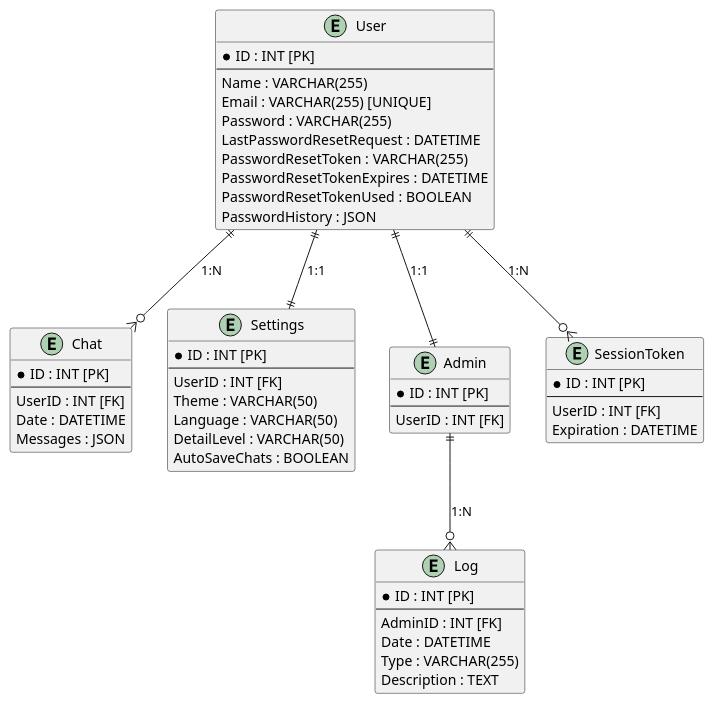
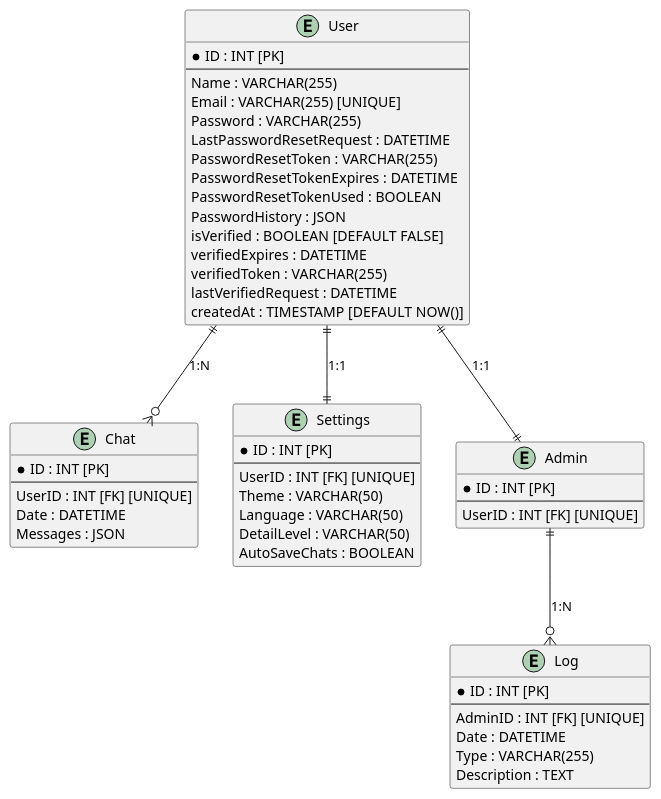
The diagram in relationship_model/relationship_diagram.puml (josepablo98/techie), drawn with PlantUML before and after one commit. The commit also changed 7 other files, not shown here.

```diff
--- a/relationship_model/relationship_diagram.puml
+++ b/relationship_model/relationship_diagram.puml
@@ -1,61 +1,58 @@
 @startuml
 entity "User" as U {
     * ID : INT [PK]
     --
     Name : VARCHAR(255)
     Email : VARCHAR(255) [UNIQUE]
     Password : VARCHAR(255)
     LastPasswordResetRequest : DATETIME
     PasswordResetToken : VARCHAR(255)
     PasswordResetTokenExpires : DATETIME
     PasswordResetTokenUsed : BOOLEAN
     PasswordHistory : JSON
+    isVerified : BOOLEAN [DEFAULT FALSE]
+    verifiedExpires : DATETIME
+    verifiedToken : VARCHAR(255)
+    lastVerifiedRequest : DATETIME
+    createdAt : TIMESTAMP [DEFAULT NOW()]
 }
 
 entity "Chat" as C {
     * ID : INT [PK]
     --
-    UserID : INT [FK]
+    UserID : INT [FK] [UNIQUE]
     Date : DATETIME
     Messages : JSON
 }
 
 entity "Settings" as S {
     * ID : INT [PK]
     --
-    UserID : INT [FK]
+    UserID : INT [FK] [UNIQUE]
     Theme : VARCHAR(50)
     Language : VARCHAR(50)
     DetailLevel : VARCHAR(50)
     AutoSaveChats : BOOLEAN
 }
 
 entity "Admin" as A {
     * ID : INT [PK]
     --
-    UserID : INT [FK]
+    UserID : INT [FK] [UNIQUE]
 }
 
 entity "Log" as L {
     * ID : INT [PK]
     --
-    AdminID : INT [FK]
+    AdminID : INT [FK] [UNIQUE]
     Date : DATETIME
     Type : VARCHAR(255)
     Description : TEXT
 }
 
-entity "SessionToken" as T {
-    * ID : INT [PK]
-    --
-    UserID : INT [FK]
-    Expiration : DATETIME
-}
-
 
 U ||--o{ C : "1:N"
 U ||--|| S : "1:1"
-U ||--o{ T : "1:N"
 U ||--|| A : "1:1"
 A ||--o{ L : "1:N"
 @enduml
```
